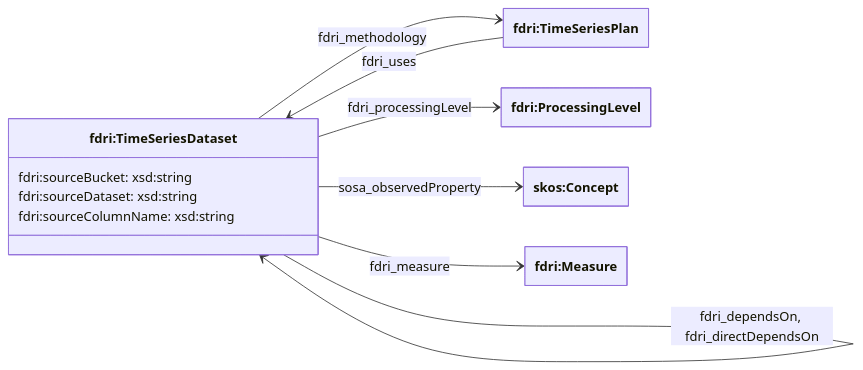
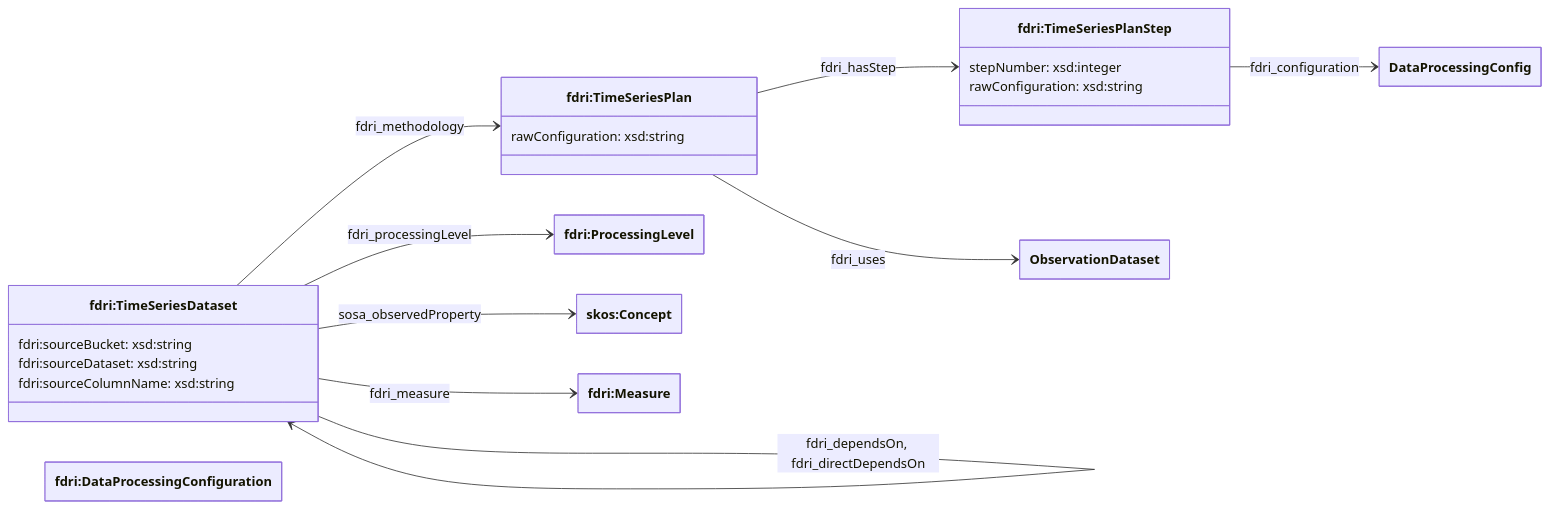
One commit to NERC-CEH/fdri-ontology changed the second of 3 diagrams in doc/time-series-dataset.md. Above: the diagram before and after it, drawn with Mermaid. The commit also changed other lines of this file and 1 other file, not shown here.

````diff
--- a/doc/time-series-dataset.md
+++ b/doc/time-series-dataset.md
@@ -40,25 +40,34 @@
 ```mermaid
 ---
   config:
     class:
       hideEmptyMembersBox: true
 ---
 classDiagram
 direction LR
 class TimeSeriesDataset["fdri:TimeSeriesDataset"] {
   fdri:sourceBucket: xsd:string
   fdri:sourceDataset: xsd:string
   fdri:sourceColumnName: xsd:string
 }
-class Plan["fdri:TimeSeriesPlan"]
+class Plan["fdri:TimeSeriesPlan"] {
+    rawConfiguration: xsd:string
+}
+class Step["fdri:TimeSeriesPlanStep"] {
+    stepNumber: xsd:integer
+    rawConfiguration: xsd:string
+}
+class DataProcessingConfiguration["fdri:DataProcessingConfiguration"]
 class ProcessingLevel["fdri:ProcessingLevel"]
 class Variable["skos:Concept"]
 class Measure["fdri:Measure"]
 
 TimeSeriesDataset --> ProcessingLevel: fdri_processingLevel
 TimeSeriesDataset --> Variable: sosa_observedProperty
 TimeSeriesDataset --> Measure: fdri_measure
 TimeSeriesDataset --> Plan: fdri_methodology
-Plan --> TimeSeriesDataset: fdri_uses
+Plan --> ObservationDataset: fdri_uses
+Plan --> Step: fdri_hasStep
+Step --> DataProcessingConfig: fdri_configuration
 TimeSeriesDataset --> TimeSeriesDataset: fdri_dependsOn, fdri_directDependsOn
 ```
````
